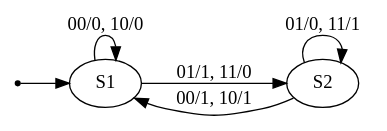
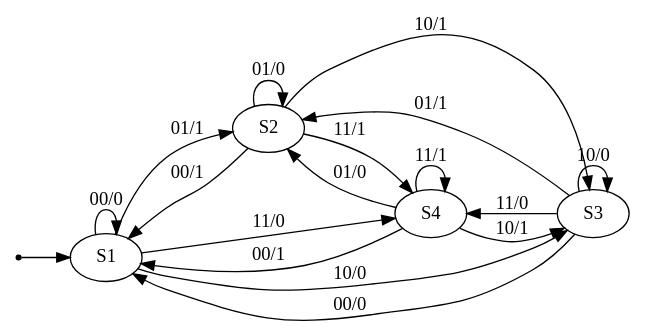
One commit to Ting-Tech/StateMinimization changed the diagram in example/myTest/kiss/case4/input.dot. Above: the diagram before and after it, drawn with Graphviz. The commit also changed 16 other files, not shown here.

```diff
--- a/example/myTest/kiss/case4/input.dot
+++ b/example/myTest/kiss/case4/input.dot
@@ -1,13 +1,27 @@
 digraph STG {
 	rankdir=LR;
 
 	INIT [shape=point];
 	S1 [label="S1"];
 	S2 [label="S2"];
+	S3 [label="S3"];
+	S4 [label="S4"];
 
 	INIT -> S1;
-	S1 -> S1 [label="00/0, 10/0"];
-	S1 -> S2 [label="01/1, 11/0"];
-	S2 -> S1 [label="00/1, 10/1"];
-	S2 -> S2 [label="01/0, 11/1"];
+	S1 -> S1 [label="00/0"];
+	S1 -> S2 [label="01/1"];
+	S1 -> S3 [label="10/0"];
+	S1 -> S4 [label="11/0"];
+	S2 -> S1 [label="00/1"];
+	S2 -> S2 [label="01/0"];
+	S2 -> S3 [label="10/1"];
+	S2 -> S4 [label="11/1"];
+	S3 -> S1 [label="00/0"];
+	S3 -> S2 [label="01/1"];
+	S3 -> S3 [label="10/0"];
+	S3 -> S4 [label="11/0"];
+	S4 -> S1 [label="00/1"];
+	S4 -> S2 [label="01/0"];
+	S4 -> S3 [label="10/1"];
+	S4 -> S4 [label="11/1"];
 }
```
